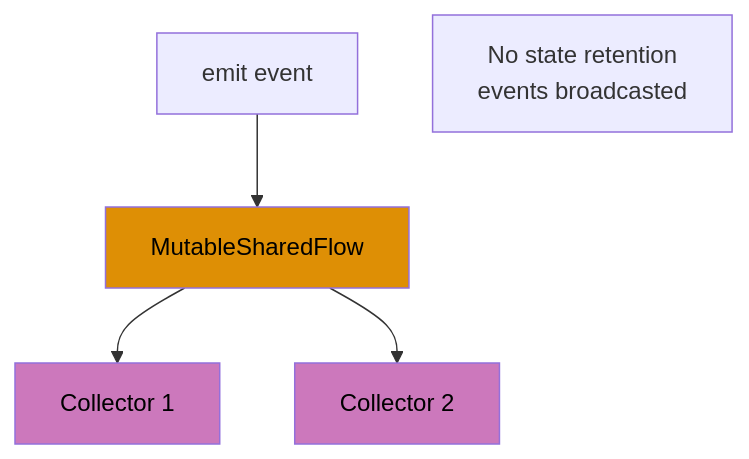
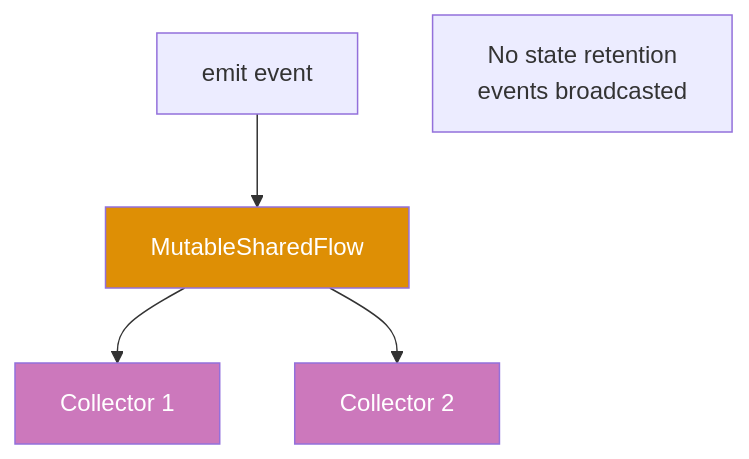
Before and after one commit to wahidyankf/open-sharia-enterprise: the ninth of 16 diagrams in apps/ayokoding-web/content/en/learn/software-engineering/programming-languages/kotlin/by-example/intermediate.md, drawn with Mermaid. The commit also changed other lines of this file and 61 other files, not shown here.

First line of the commit message:
fix(ayokoding-web): quote Mermaid node labels with special characters in Example 63

````diff
--- a/apps/ayokoding-web/content/en/learn/software-engineering/programming-languages/kotlin/by-example/intermediate.md
+++ b/apps/ayokoding-web/content/en/learn/software-engineering/programming-languages/kotlin/by-example/intermediate.md
@@ -1077,12 +1077,12 @@
 ```mermaid
 %% SharedFlow broadcasts events without state
 graph TD
     SHF1[MutableSharedFlow] --> SHFC1[Collector 1]
     SHF1 --> SHFC2[Collector 2]
     SHE[emit event] --> SHF1
     Note2[No state retention<br/>events broadcasted]
 
-    style SHF1 fill:#DE8F05,color:#000
-    style SHFC1 fill:#CC78BC,color:#000
-    style SHFC2 fill:#CC78BC,color:#000
+    style SHF1 fill:#DE8F05,color:#fff
+    style SHFC1 fill:#CC78BC,color:#fff
+    style SHFC2 fill:#CC78BC,color:#fff
 ```
````
